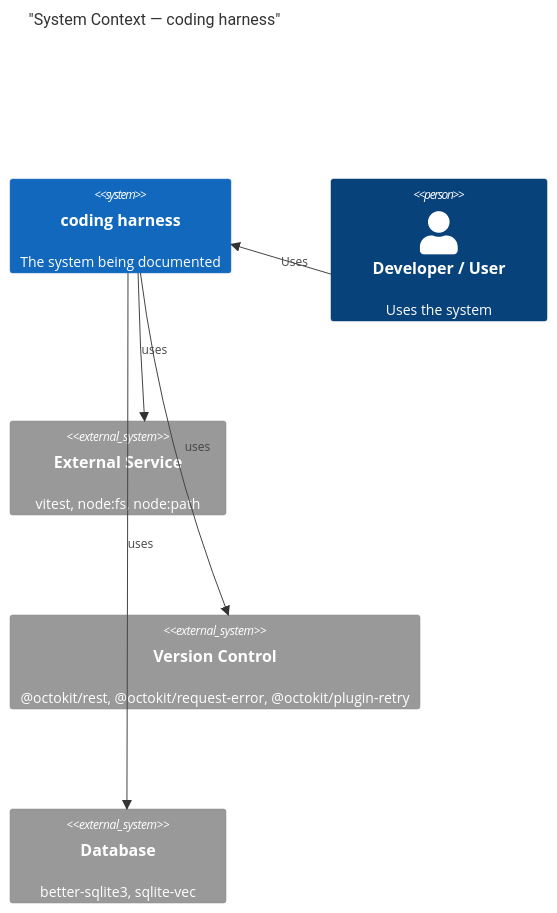
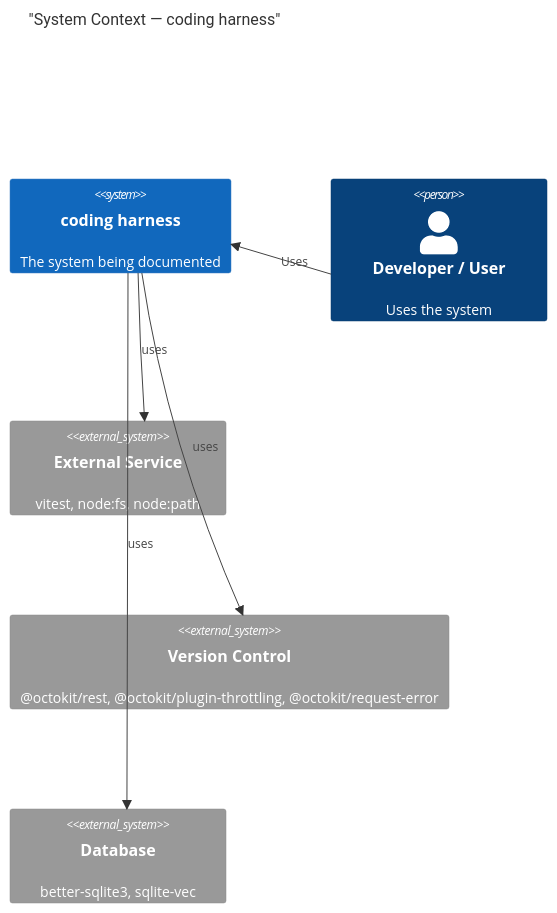
One commit to jscraik/coding-harness changed the fourth of 14 diagrams in AI/context/diagram-context.md. Above: the diagram before and after it, drawn with Mermaid. The commit also changed other lines of this file and 18 other files, not shown here.

````diff
--- a/AI/context/diagram-context.md
+++ b/AI/context/diagram-context.md
@@ -330,14 +330,14 @@
 ```mermaid
 C4Context
   title "System Context — coding harness"
   System(mainSystem, "coding harness", "The system being documented")
   Person(developer, "Developer / User", "Uses the system")
   Rel(developer, mainSystem, "Uses")
   System_Ext(ext_0, "External Service", "vitest, node:fs, node:path")
   Rel(mainSystem, ext_0, "uses")
-  System_Ext(ext_1, "Version Control", "@octokit/rest, @octokit/request-error, @octokit/plugin-retry")
+  System_Ext(ext_1, "Version Control", "@octokit/rest, @octokit/plugin-throttling, @octokit/request-error")
   Rel(mainSystem, ext_1, "uses")
   System_Ext(ext_2, "Database", "better-sqlite3, sqlite-vec")
   Rel(mainSystem, ext_2, "uses")
 
 ```
````
